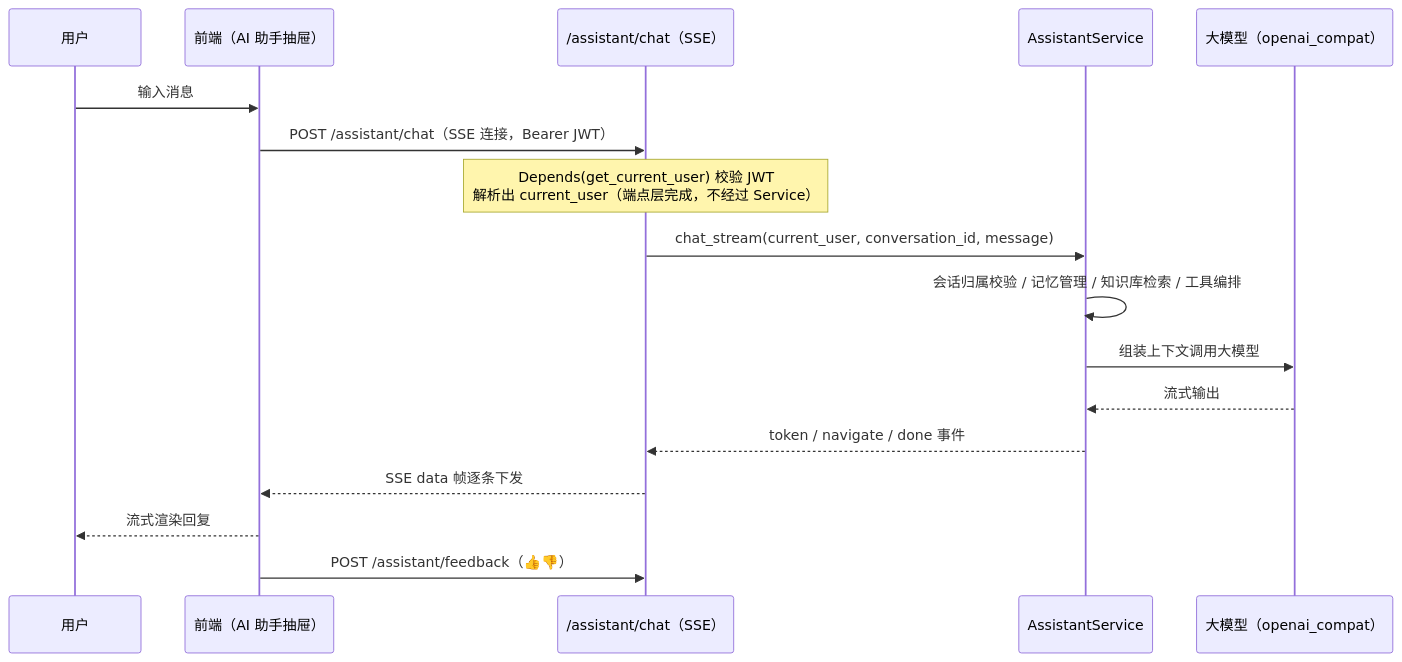
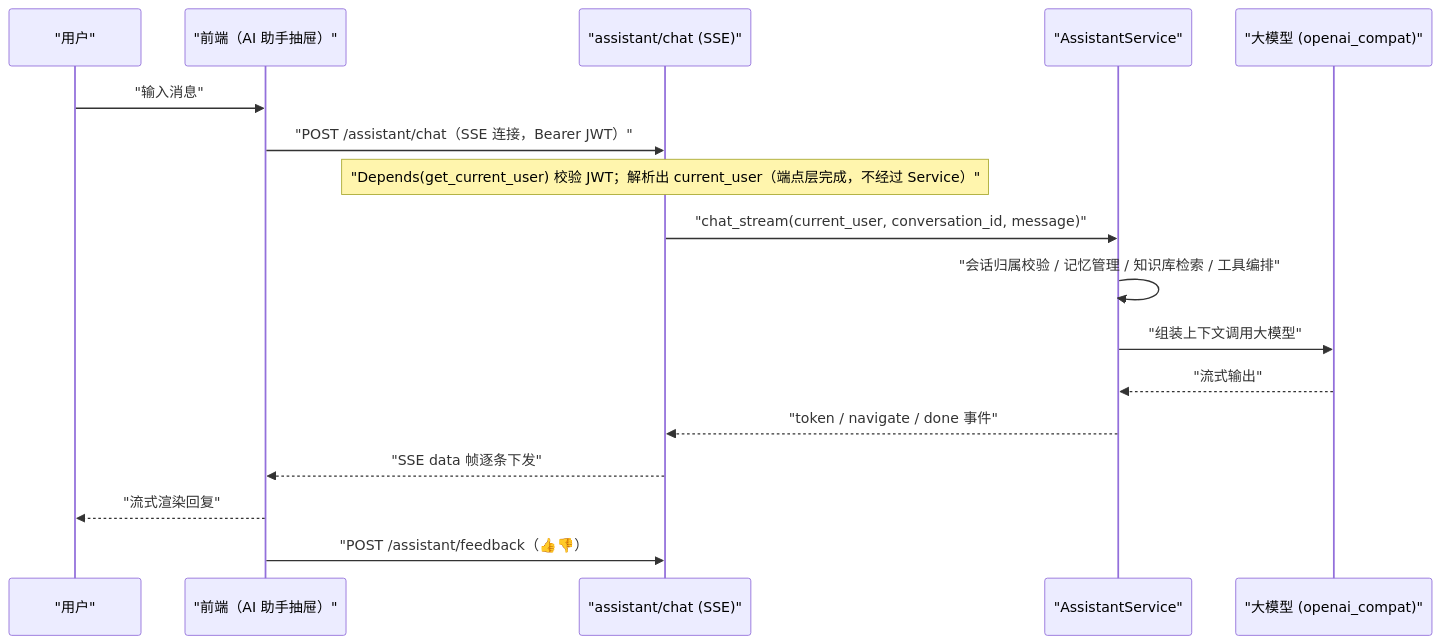
One commit to cross-lang/x-HanJiang changed the fifth of 5 diagrams in README.md. Above: the diagram before and after it, drawn with Mermaid. The commit also changed other lines of this file and 2 other files, not shown here.

````diff
--- a/README.md
+++ b/README.md
@@ -175,20 +175,20 @@
 ```mermaid
 sequenceDiagram
-    participant U as 用户
-    participant F as 前端（AI 助手抽屉）
-    participant A as /assistant/chat（SSE）
-    participant S as AssistantService
-    participant L as 大模型（openai_compat）
+    participant U as "用户"
+    participant F as "前端（AI 助手抽屉）"
+    participant A as "assistant/chat (SSE)"
+    participant S as "AssistantService"
+    participant L as "大模型 (openai_compat)"
 
-    U->>F: 输入消息
-    F->>A: POST /assistant/chat（SSE 连接，Bearer JWT）
-    Note over A: Depends(get_current_user) 校验 JWT<br/>解析出 current_user（端点层完成，不经过 Service）
-    A->>S: chat_stream(current_user, conversation_id, message)
-    S->>S: 会话归属校验 / 记忆管理 / 知识库检索 / 工具编排
-    S->>L: 组装上下文调用大模型
-    L-->>S: 流式输出
-    S-->>A: token / navigate / done 事件
-    A-->>F: SSE data 帧逐条下发
-    F-->>U: 流式渲染回复
-    F->>A: POST /assistant/feedback（👍👎）
+    U->>F: "输入消息"
+    F->>A: "POST /assistant/chat（SSE 连接，Bearer JWT）"
+    Note over A: "Depends(get_current_user) 校验 JWT；解析出 current_user（端点层完成，不经过 Service）"
+    A->>S: "chat_stream(current_user, conversation_id, message)"
+    S->>S: "会话归属校验 / 记忆管理 / 知识库检索 / 工具编排"
+    S->>L: "组装上下文调用大模型"
+    L-->>S: "流式输出"
+    S-->>A: "token / navigate / done 事件"
+    A-->>F: "SSE data 帧逐条下发"
+    F-->>U: "流式渲染回复"
+    F->>A: "POST /assistant/feedback（👍👎）
 ```
````
